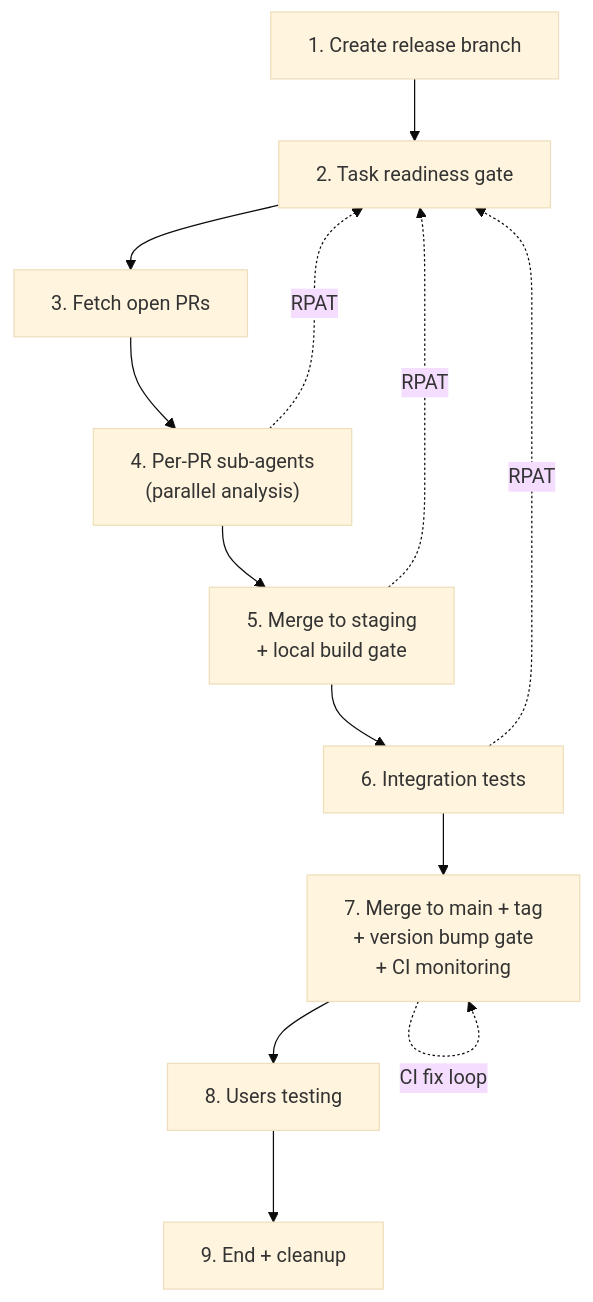
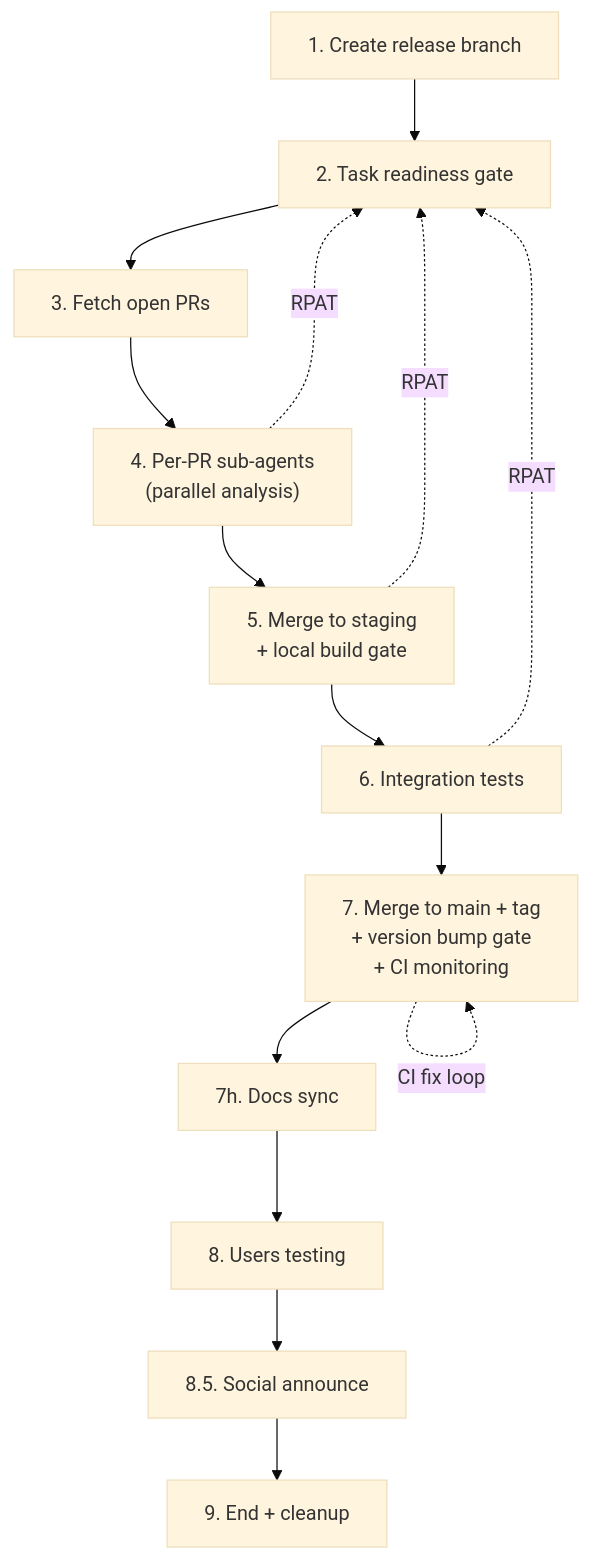
The third of 8 diagrams in docs/architecture.md (dnviti/claude-task-development-framework), drawn with Mermaid (base theme) before and after one commit. The commit also changed other lines of this file and 12 other files, not shown here.

````diff
--- a/docs/architecture.md
+++ b/docs/architecture.md
@@ -231,19 +291,21 @@
 ```mermaid
 flowchart TD
     S1["1. Create release branch"]
     S2["2. Task readiness gate"]
     S3["3. Fetch open PRs"]
     S4["4. Per-PR sub-agents<br>(parallel analysis)"]
     S5["5. Merge to staging<br>+ local build gate"]
     S6["6. Integration tests"]
     S7["7. Merge to main + tag<br>+ version bump gate<br>+ CI monitoring"]
+    S7H["7h. Docs sync"]
     S8["8. Users testing"]
+    S85["8.5. Social announce"]
     S9["9. End + cleanup"]
 
-    S1 --> S2 --> S3 --> S4 --> S5 --> S6 --> S7 --> S8 --> S9
+    S1 --> S2 --> S3 --> S4 --> S5 --> S6 --> S7 --> S7H --> S8 --> S85 --> S9
 
     S4 -.->|"RPAT"| S2
     S5 -.->|"RPAT"| S2
     S6 -.->|"RPAT"| S2
     S7 -.->|"CI fix loop"| S7
 ```
````
